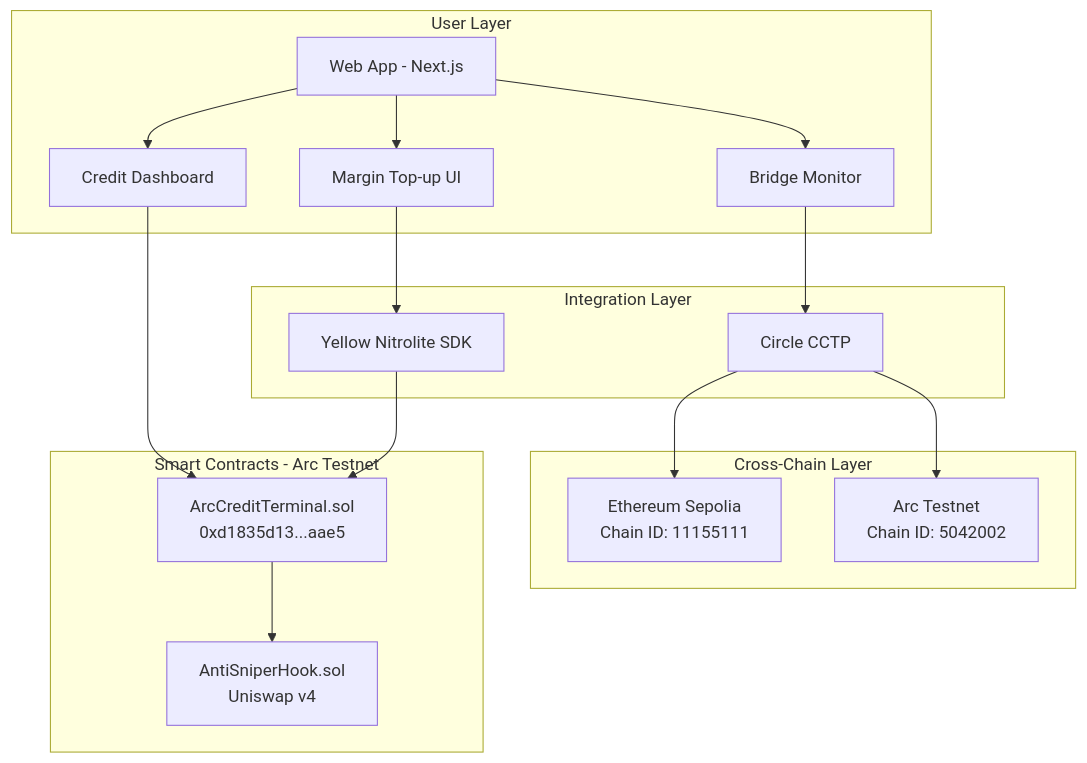
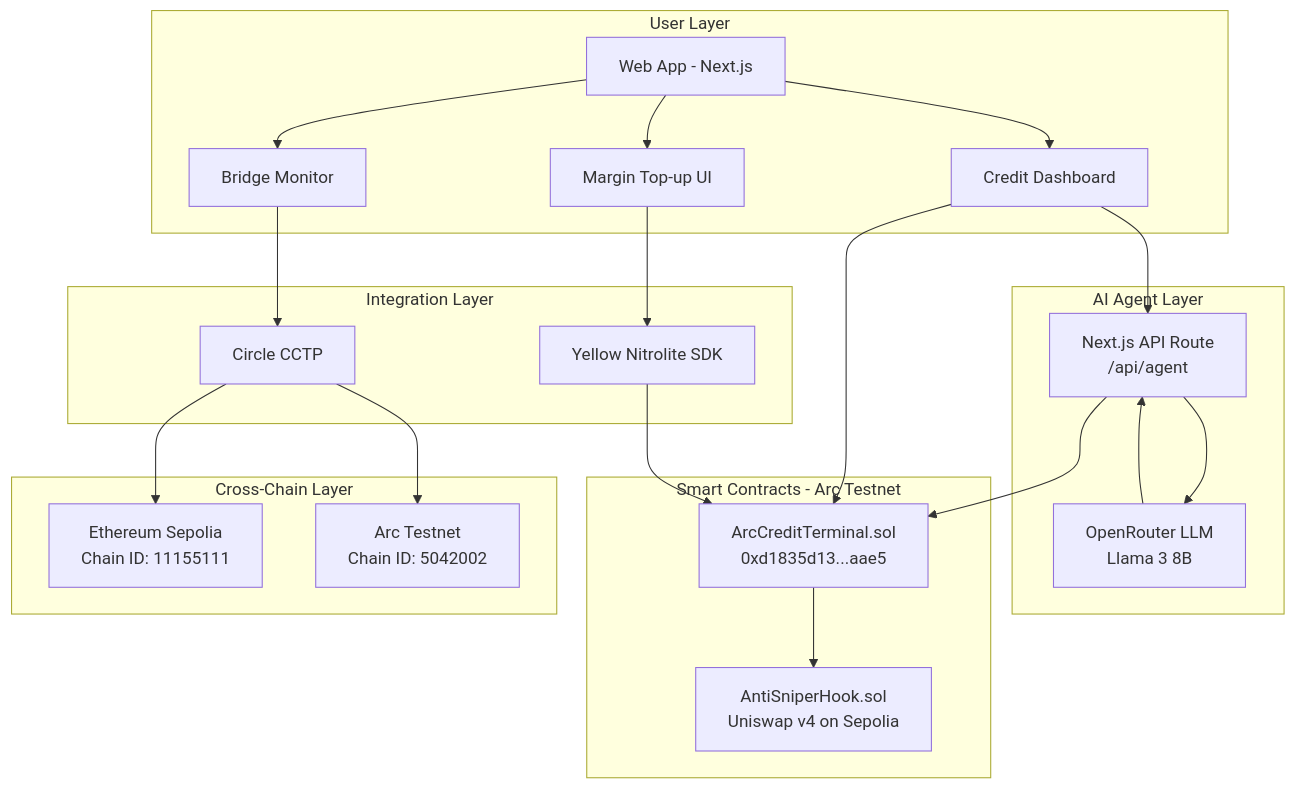
One commit to N-45div/HackMoney2026 changed the first of 11 diagrams in ARCHITECTURE.md. Above: the diagram before and after it, drawn with Mermaid. The commit also changed other lines of this file and 2 other files, not shown here.

First line of the commit message:
docs: update README and ARCHITECTURE with LLM agent flow and OpenRouter integration

````diff
--- a/ARCHITECTURE.md
+++ b/ARCHITECTURE.md
@@ -16,35 +16,44 @@
 ```mermaid
 graph TB
     subgraph "User Layer"
         UI[Web App - Next.js]
         CD[Credit Dashboard]
         MT[Margin Top-up UI]
         BM[Bridge Monitor]
     end
 
+    subgraph "AI Agent Layer"
+        API[Next.js API Route<br/>/api/agent]
+        LLM[OpenRouter LLM<br/>Llama 3 8B]
+    end
+
     subgraph "Smart Contracts - Arc Testnet"
         ACT[ArcCreditTerminal.sol<br/>0xd1835d13...aae5]
-        ASH[AntiSniperHook.sol<br/>Uniswap v4]
+        ASH[AntiSniperHook.sol<br/>Uniswap v4 on Sepolia]
     end
 
     subgraph "Integration Layer"
         YN[Yellow Nitrolite SDK]
         CC[Circle CCTP]
     end
 
     subgraph "Cross-Chain Layer"
         ES[Ethereum Sepolia<br/>Chain ID: 11155111]
         AT[Arc Testnet<br/>Chain ID: 5042002]
     end
 
     UI --> CD
     UI --> MT
     UI --> BM
+    CD --> API
+    API --> LLM
+    LLM --> API
+    API --> ACT
     CD --> ACT
     MT --> YN
     BM --> CC
     YN --> ACT
     CC --> ES
     CC --> AT
     ACT --> ASH
 ```
````
